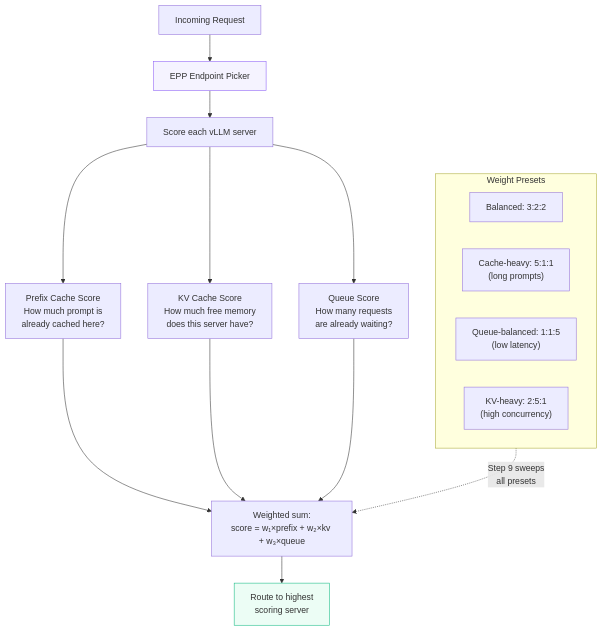
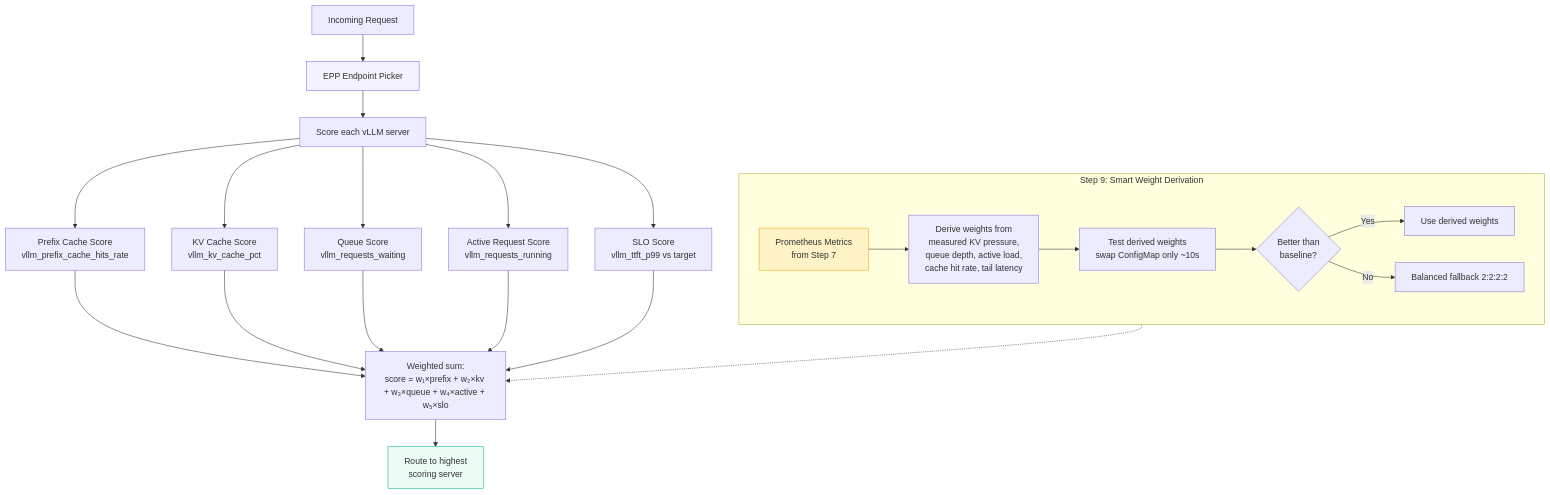
Before and after one commit to openshift-psap/serveit-studio: diagram 11 of 13 in docs/diagrams.md, drawn with Mermaid. The commit also changed other lines of this file, not shown here.

First line of the commit message:
Update diagrams.md with recent changes

````diff
--- a/docs/diagrams.md
+++ b/docs/diagrams.md
@@ -375,28 +375,35 @@
 ```mermaid
 flowchart TD
     REQ[Incoming Request] --> EPP[EPP Endpoint Picker]
 
     EPP --> SCORE[Score each vLLM server]
 
-    SCORE --> PC[Prefix Cache Score<br>How much prompt is<br>already cached here?]
-    SCORE --> KV[KV Cache Score<br>How much free memory<br>does this server have?]
-    SCORE --> QU[Queue Score<br>How many requests<br>are already waiting?]
+    SCORE --> PC[Prefix Cache Score<br>vllm_prefix_cache_hits_rate]
+    SCORE --> KV[KV Cache Score<br>vllm_kv_cache_pct]
+    SCORE --> QU[Queue Score<br>vllm_requests_waiting]
+    SCORE --> AR[Active Request Score<br>vllm_requests_running]
+    SCORE --> SLO[SLO Score<br>vllm_ttft_p99 vs target]
 
-    PC --> WEIGHTED["Weighted sum:<br>score = w₁×prefix + w₂×kv + w₃×queue"]
+    PC --> WEIGHTED["Weighted sum:<br>score = w₁×prefix + w₂×kv + w₃×queue + w₄×active + w₅×slo"]
     KV --> WEIGHTED
     QU --> WEIGHTED
+    AR --> WEIGHTED
+    SLO --> WEIGHTED
 
     WEIGHTED --> BEST[Route to highest<br>scoring server]
 
-    subgraph Presets["Weight Presets"]
-        P1["Balanced: 3:2:2"]
-        P2["Cache-heavy: 5:1:1<br>(long prompts)"]
-        P3["Queue-balanced: 1:1:5<br>(low latency)"]
-        P4["KV-heavy: 2:5:1<br>(high concurrency)"]
+    subgraph Derivation["Step 9: Smart Weight Derivation"]
+        PROM[Prometheus Metrics<br>from Step 7] --> DERIVE
+        DERIVE["Derive weights from<br>measured KV pressure,<br>queue depth, active load,<br>cache hit rate, tail latency"]
+        DERIVE --> TEST_W[Test derived weights<br>swap ConfigMap only ~10s]
+        TEST_W --> COMPARE{Better than<br>baseline?}
+        COMPARE -->|Yes| USE[Use derived weights]
+        COMPARE -->|No| FALL[Balanced fallback 2:2:2:2]
     end
 
-    Presets -.->|Step 9 sweeps<br>all presets| WEIGHTED
+    Derivation -.-> WEIGHTED
 
     style EPP fill:#f5f3ff,stroke:#8b5cf6
     style BEST fill:#ecfdf5,stroke:#10b981
+    style PROM fill:#fef3c7,stroke:#f59e0b
 ```
````
